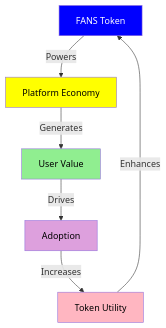
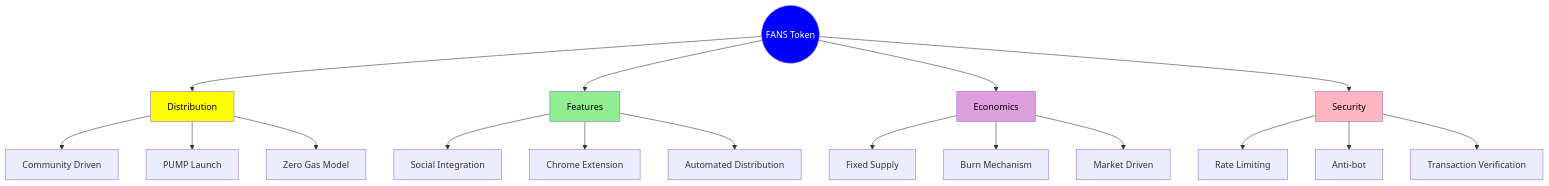
The first of 8 diagrams in docs/whitepaper/token-economics.md (MEMEFANS/memefans), drawn with Mermaid before and after one commit. The commit also changed other lines of this file and 32 other files, not shown here.

```diff
--- a/docs/whitepaper/token-economics.md
+++ b/docs/whitepaper/token-economics.md
@@ -7,14 +7,29 @@
 <div class="mermaid">
 graph TD
-    A[FANS Token] -->|Powers| B[Platform Economy]
-    B -->|Generates| C[User Value]
-    C -->|Drives| D[Adoption]
-    D -->|Increases| E[Token Utility]
-    E -->|Enhances| A
+    FANS((FANS Token)) --> D[Distribution]
+    FANS --> F[Features]
+    FANS --> E[Economics]
+    FANS --> S[Security]
     
-    style A fill:#0000FF,color:#FFFFFF
-    style B fill:#FFFF00,color:#000000
-    style C fill:#90EE90,color:#000000
-    style D fill:#DDA0DD,color:#000000
-    style E fill:#FFB6C1,color:#000000
+    D --> CD[Community Driven]
+    D --> PL[PUMP Launch]
+    D --> ZG[Zero Gas Model]
+    
+    F --> SI[Social Integration]
+    F --> CE[Chrome Extension]
+    F --> AD[Automated Distribution]
+    
+    E --> FS[Fixed Supply]
+    E --> BM[Burn Mechanism]
+    E --> MD[Market Driven]
+    
+    S --> RL[Rate Limiting]
+    S --> AB[Anti-bot]
+    S --> TV[Transaction Verification]
+    
+    style FANS fill:#0000FF,color:#FFFFFF
+    style D fill:#FFFF00,color:#000000
+    style F fill:#90EE90,color:#000000
+    style E fill:#DDA0DD,color:#000000
+    style S fill:#FFB6C1,color:#000000
 </div>
```
